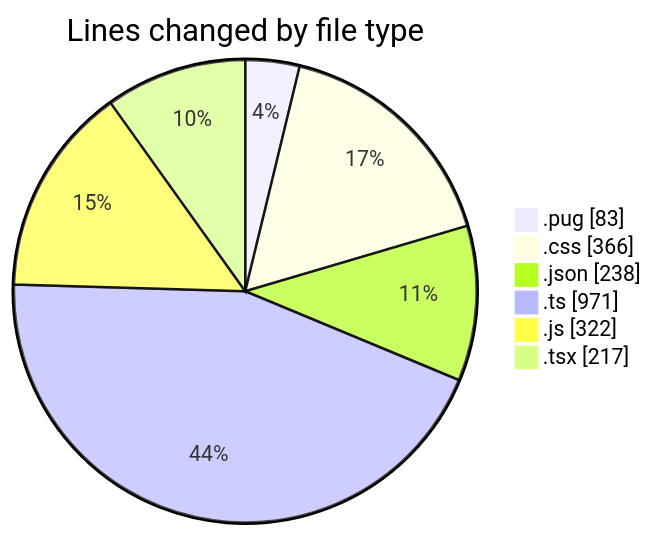
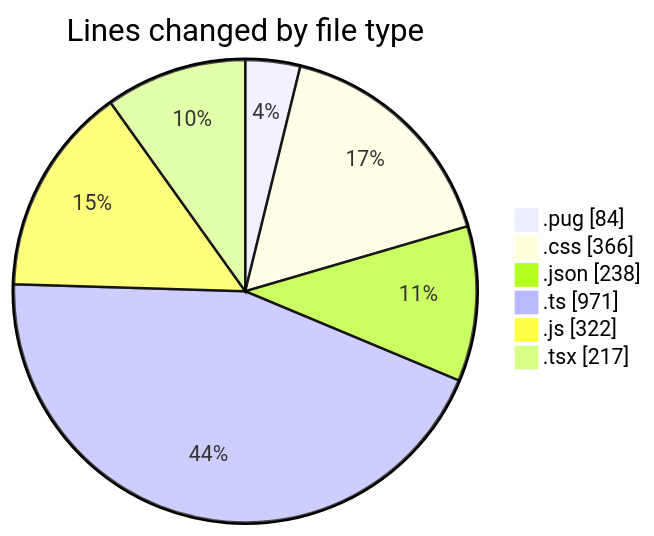
Before and after one commit to momahboobian/code-tracking: the first of 2 diagrams in 2025-11-05/cda/README.md, drawn with Mermaid. The commit also changed other lines of this file and 1 other file, not shown here.

````diff
--- a/2025-11-05/cda/README.md
+++ b/2025-11-05/cda/README.md
@@ -26,10 +26,10 @@
 ```mermaid
 pie showData
 title Lines changed by file type
-".pug" : 83
+".pug" : 84
 ".css" : 366
 ".json" : 238
 ".ts" : 971
 ".js" : 322
 ".tsx" : 217
 ```
````
